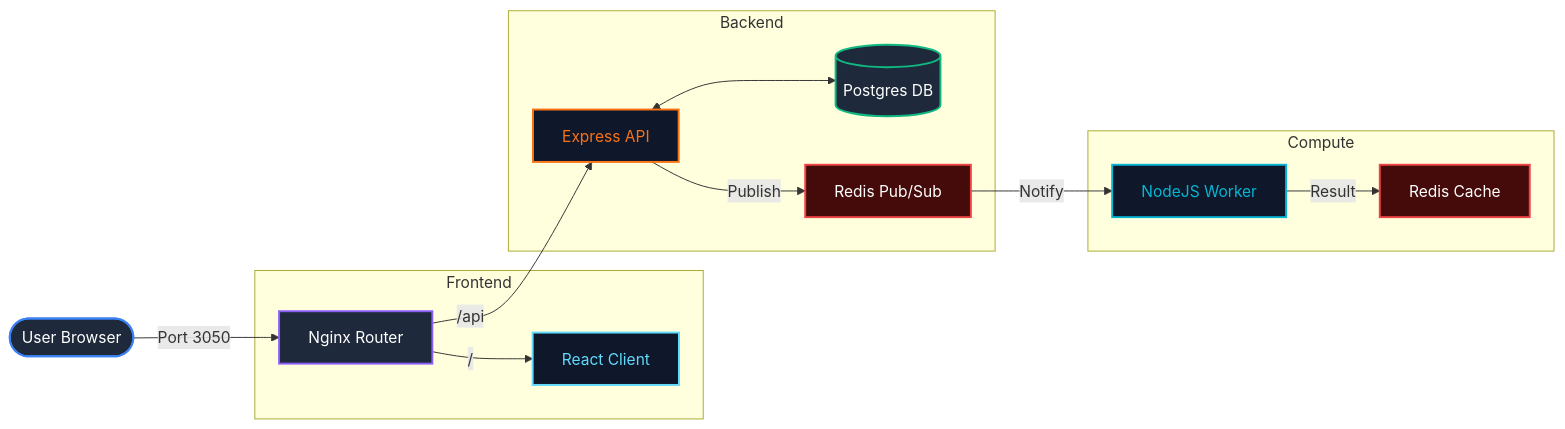
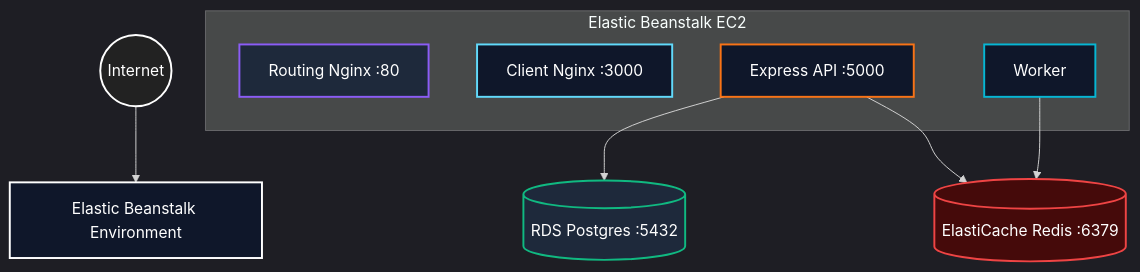
Before and after one commit to vikas9dev/multi-container-compute-hub: the second of 2 diagrams in ARCHITECTURE.md, drawn with Mermaid. The commit also changed other lines of this file and 2 other files, not shown here.

Commit message:
Multi Container GitHub Actions with AWS Beanstalk Deploy

````diff
--- a/ARCHITECTURE.md
+++ b/ARCHITECTURE.md
@@ -7,40 +65,25 @@
 ```mermaid
-graph LR
-    %% Node Definitions
-    User([User Browser])
-    Nginx[Nginx Router]
-    React[React Client]
-    API[Express API]
-    Postgres[(Postgres DB)]
-    Redis[Redis Pub/Sub]
-    Worker[NodeJS Worker]
-    RedisCache[Redis Cache]
+%%{init: {'theme': 'dark'}}%%
+graph TD
+    Internet((Internet)) --> EB[Elastic Beanstalk Environment]
 
-    %% Connections
-    User -- Port 3050 --> Nginx
-    
-    subgraph Frontend
-        Nginx -- "/" --> React
+    subgraph EB_EC2[Elastic Beanstalk EC2]
+      RN[Routing Nginx :80]
+      CN[Client Nginx :3000]
+      API[Express API :5000]
+      W[Worker]
     end
 
-    subgraph Backend
-        Nginx -- "/api" --> API
-        API <--> Postgres
-        API -- "Publish" --> Redis
-    end
+    API --> RDS[(RDS Postgres :5432)]
+    API --> EC[(ElastiCache Redis :6379)]
+    W --> EC
 
-    subgraph Compute
-        Redis -- "Notify" --> Worker
-        Worker -- "Result" --> RedisCache
-    end
-
-    %% Dark Mode Optimized Styles
-    style User fill:#1e293b,stroke:#3b82f6,stroke-width:2px,color:#fff
-    style Nginx fill:#1e293b,stroke:#8b5cf6,stroke-width:2px,color:#fff
-    style React fill:#0f172a,stroke:#61dafb,stroke-width:2px,color:#61dafb
-    style API fill:#0f172a,stroke:#f97316,stroke-width:2px,color:#f97316
-    style Postgres fill:#1e293b,stroke:#10b981,stroke-width:2px,color:#fff
-    style Redis fill:#450a0a,stroke:#ef4444,stroke-width:2px,color:#fff
-    style Worker fill:#0f172a,stroke:#06b6d4,stroke-width:2px,color:#06b6d4
-    style RedisCache fill:#450a0a,stroke:#ef4444,stroke-width:2px,color:#fff
+    style Internet fill:#222,stroke:#fff,stroke-width:2px,color:#fff
+    style EB fill:#0f172a,stroke:#fff,stroke-width:2px,color:#fff
+    style RN fill:#1e293b,stroke:#8b5cf6,stroke-width:2px,color:#fff
+    style CN fill:#0f172a,stroke:#61dafb,stroke-width:2px,color:#fff
+    style API fill:#0f172a,stroke:#f97316,stroke-width:2px,color:#fff
+    style W fill:#0f172a,stroke:#06b6d4,stroke-width:2px,color:#fff
+    style RDS fill:#1e293b,stroke:#10b981,stroke-width:2px,color:#fff
+    style EC fill:#450a0a,stroke:#ef4444,stroke-width:2px,color:#fff
 ```
````
